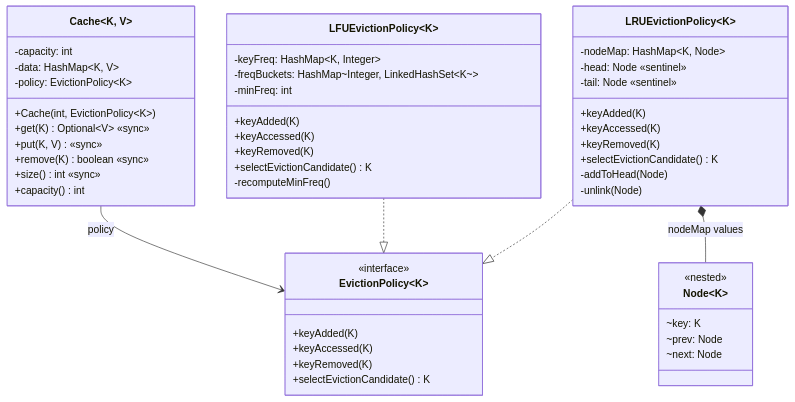
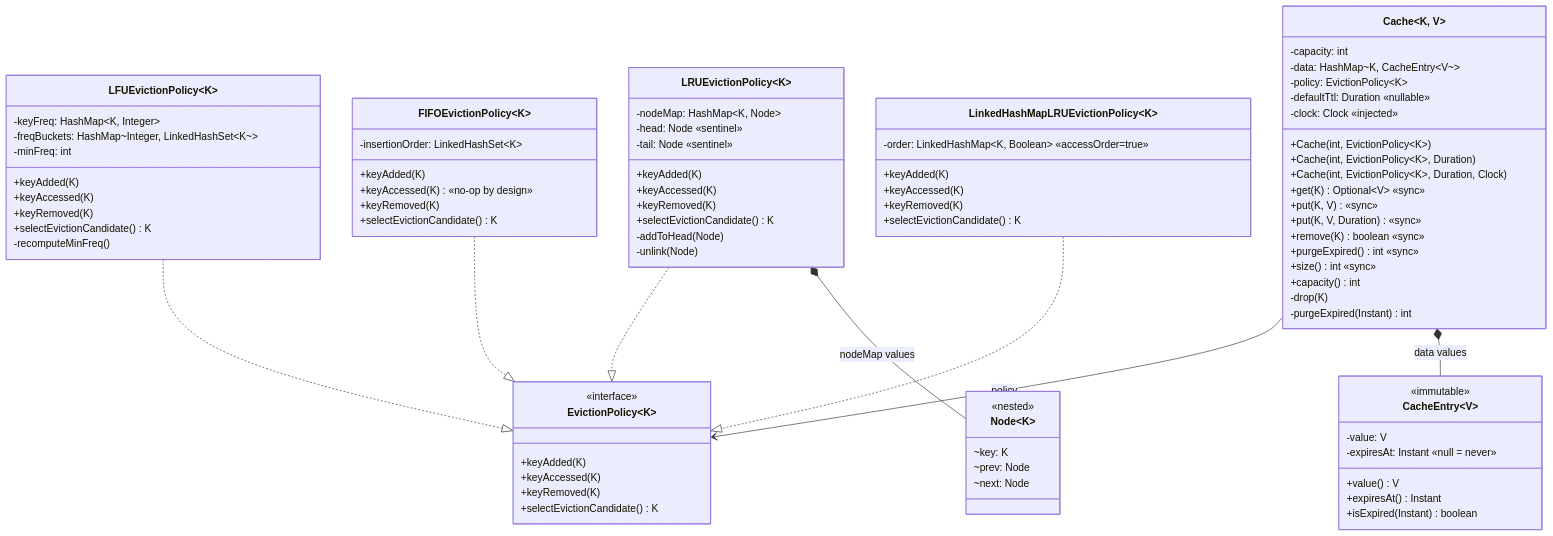
Before and after one commit to Shivam798/LLD-IQ: the diagram in lru-cache/README.md, drawn with Mermaid. The commit also changed other lines of this file and 7 other files, not shown here.

First line of the commit message:
Add FIFO + LinkedHashMap LRU policies and TTL support to cache

````diff
--- a/lru-cache/README.md
+++ b/lru-cache/README.md
@@ -62,14 +87,31 @@
 
     class Cache~K, V~ {
         -capacity: int
-        -data: HashMap~K, V~
+        -data: HashMap~K, CacheEntry~V~~
         -policy: EvictionPolicy~K~
+        -defaultTtl: Duration «nullable»
+        -clock: Clock «injected»
         +Cache(int, EvictionPolicy~K~)
+        +Cache(int, EvictionPolicy~K~, Duration)
+        +Cache(int, EvictionPolicy~K~, Duration, Clock)
         +get(K) Optional~V~ «sync»
         +put(K, V) «sync»
+        +put(K, V, Duration) «sync»
         +remove(K) boolean «sync»
+        +purgeExpired() int «sync»
         +size() int «sync»
         +capacity() int
+        -drop(K)
+        -purgeExpired(Instant) int
+    }
+
+    class CacheEntry~V~ {
+        <<immutable>>
+        -value: V
+        -expiresAt: Instant «null = never»
+        +value() V
+        +expiresAt() Instant
+        +isExpired(Instant) boolean
     }
 
     class EvictionPolicy~K~ {
@@ -110,8 +152,27 @@
         -recomputeMinFreq()
     }
 
+    class LinkedHashMapLRUEvictionPolicy~K~ {
+        -order: LinkedHashMap~K, Boolean~ «accessOrder=true»
+        +keyAdded(K)
+        +keyAccessed(K)
+        +keyRemoved(K)
+        +selectEvictionCandidate() K
+    }
+
+    class FIFOEvictionPolicy~K~ {
+        -insertionOrder: LinkedHashSet~K~
+        +keyAdded(K)
+        +keyAccessed(K) «no-op by design»
+        +keyRemoved(K)
+        +selectEvictionCandidate() K
+    }
+
     LRUEvictionPolicy ..|> EvictionPolicy
     LFUEvictionPolicy ..|> EvictionPolicy
+    FIFOEvictionPolicy ..|> EvictionPolicy
+    LinkedHashMapLRUEvictionPolicy ..|> EvictionPolicy
     Cache --> EvictionPolicy : policy
+    Cache *-- CacheEntry : data values
     LRUEvictionPolicy *-- Node : nodeMap values
 ```
````
